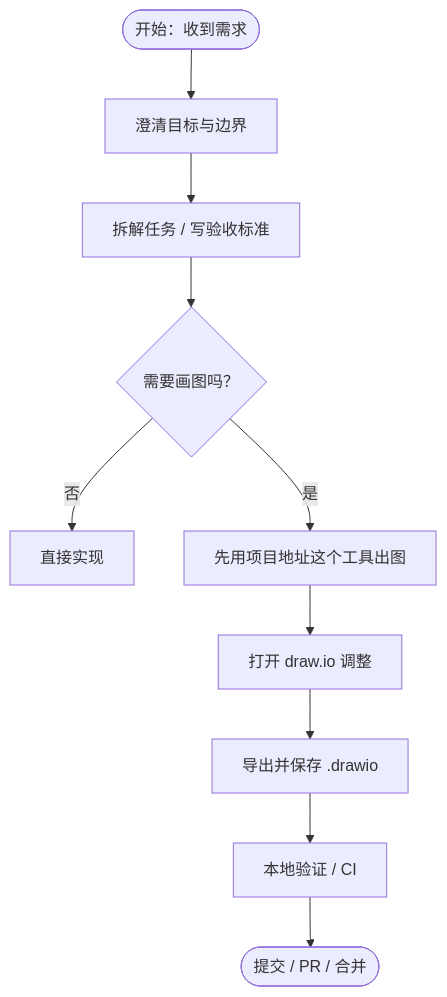
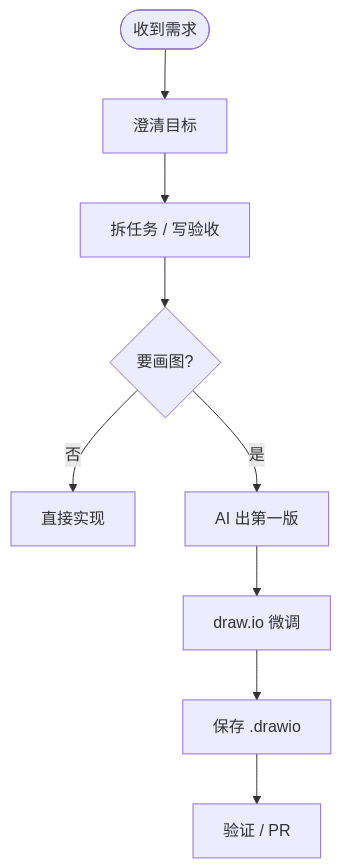
Before and after one commit to rockyflux/ai-guide: the diagram in content.zh/project-practice/drawio-diagrams.md, drawn with Mermaid. The commit also changed other lines of this file and 7 other files, not shown here.

````diff
--- a/content.zh/project-practice/drawio-diagrams.md
+++ b/content.zh/project-practice/drawio-diagrams.md
@@ -153,12 +50,11 @@
 ```mermaid
 flowchart TD
-  A([开始：收到需求]) --> B[澄清目标与边界]
-  B --> C[拆解任务 / 写验收标准]
-  C --> D{需要画图吗？}
+  A([收到需求]) --> B[澄清目标]
+  B --> C[拆任务 / 写验收]
+  C --> D{要画图?}
   D -- 否 --> E[直接实现]
-  D -- 是 --> F[先用项目地址这个工具出图]
-  F --> G[打开 draw.io 调整]
-  G --> H[导出并保存 .drawio]
-  H --> I[本地验证 / CI]
-  I --> J([提交 / PR / 合并])
+  D -- 是 --> F[AI 出第一版]
+  F --> G[draw.io 微调]
+  G --> H[保存 .drawio]
+  H --> I[验证 / PR]
 ```
````
